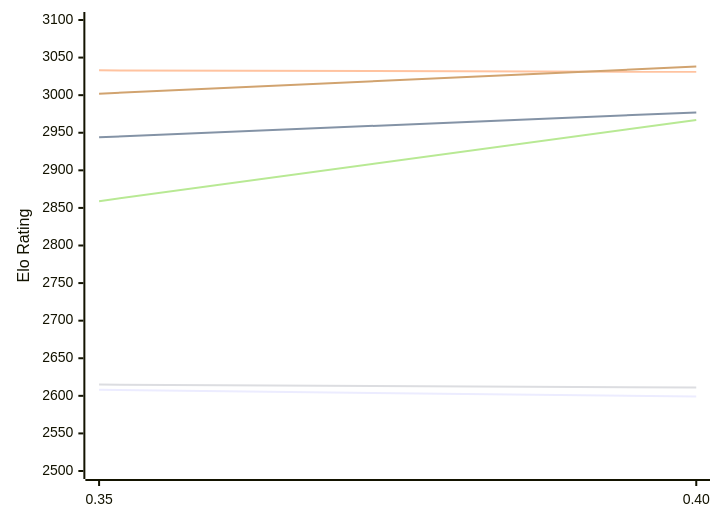
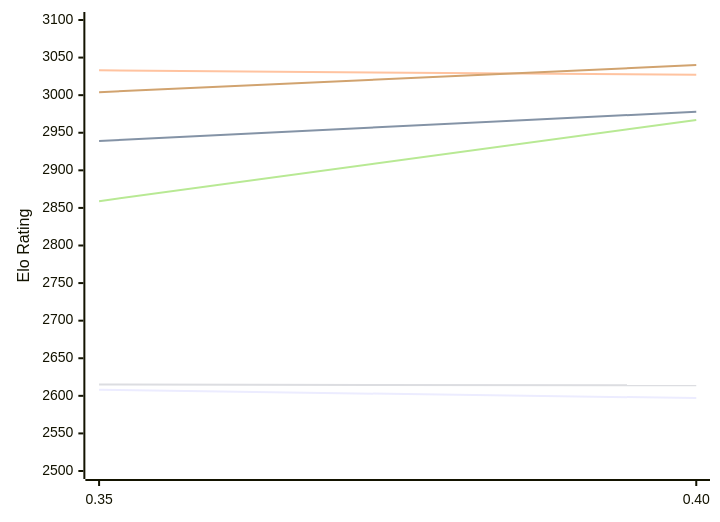
The first of 2 diagrams in engines/Gecko.md (computer-chess-index/cci), drawn with Mermaid before and after one commit. The commit also changed other lines of this file, not shown here.

Commit message:
Update CCI Ratings (ELO VLTC) - 2026-11-27

````diff
--- a/engines/Gecko.md
+++ b/engines/Gecko.md
@@ -54,12 +54,12 @@
 ```mermaid
 %%{init: {"theme":"base","themeVariables":{"seriesColors:['#a3a3a3','#222221','#faa371']}}}%%
 xychart-beta
   x-axis ["0.35", "0.40"]
   y-axis "Elo Rating" 2500 --> 3100
-  line "E1: STC (8.0+0.08s)" [2608, 2599]
-  line "E1: LTC (60.0+0.60s)" [2944, 2977]
-  line "E1: VLTC (2m24s+1.12s)" [3033, 3031]
-  line "P1: STC (8.0+0.08s)" [2615, 2611]
+  line "E1: STC (8.0+0.08s)" [2608, 2597]
+  line "E1: LTC (60.0+0.60s)" [2939, 2978]
+  line "E1: VLTC (2m24s+1.12s)" [3033, 3027]
+  line "P1: STC (8.0+0.08s)" [2615, 2614]
   line "P1: LTC (60.0+0.60s)" [2859, 2967]
-  line "P1: VLTC (2m24s+1.12s)" [3002, 3038]
+  line "P1: VLTC (2m24s+1.12s)" [3004, 3040]
 ```
````
